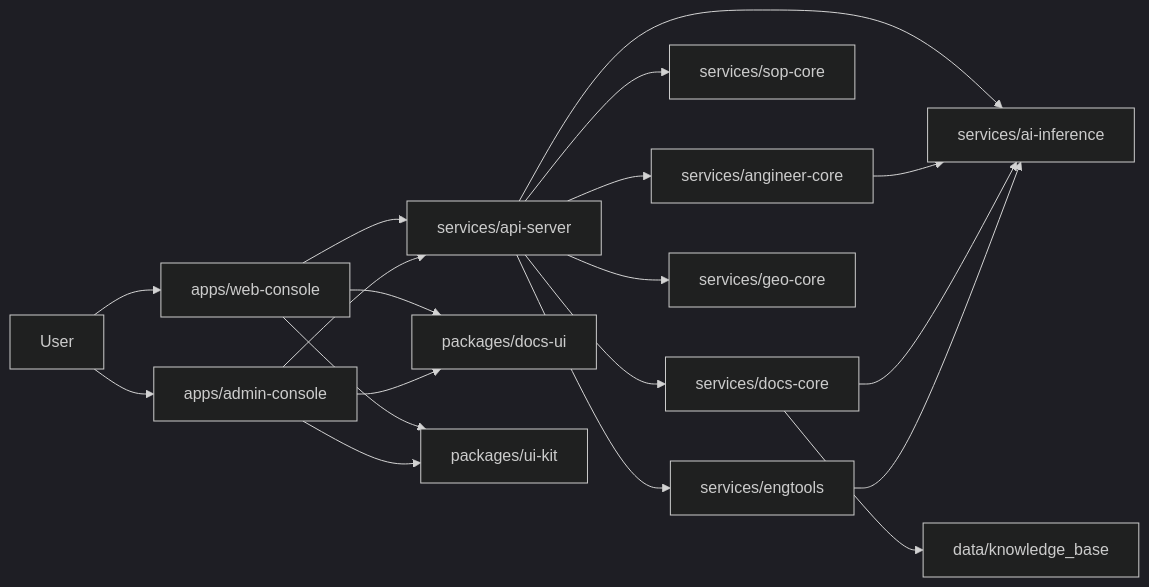
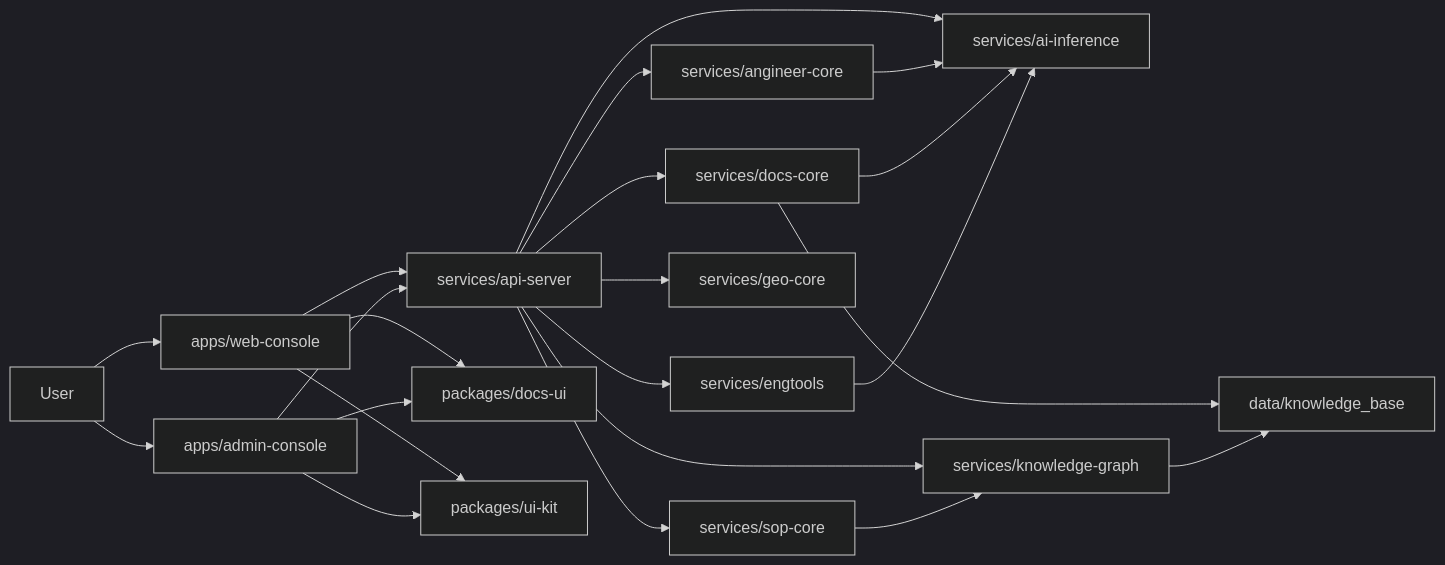
Before and after one commit to 0mao0/AnGIneer: the second of 2 diagrams in README.md, drawn with Mermaid (dark theme). The commit also changed other lines of this file, not shown here.

Commit message:
docs: README 系统矩阵补 KnowledgeGraph + 新增 2.4 节 + 章节顺延 + 架构图更新 + 安装命令补 knowledge-graph

````diff
--- a/README.md
+++ b/README.md
@@ -295,35 +319,39 @@
 ```mermaid
 flowchart LR
   User["User"]
   Web["apps/web-console"]
   Admin["apps/admin-console"]
   Api["services/api-server"]
   DocsUI["packages/docs-ui"]
   UIKit["packages/ui-kit"]
   AI["services/ai-inference"]
   Agent["services/angineer-core"]
   SOP["services/sop-core"]
+  KG["services/knowledge-graph"]
   Docs["services/docs-core"]
   Geo["services/geo-core"]
   Tools["services/engtools"]
   Data["data/knowledge_base"]
 
   User --> Web
   User --> Admin
   Web --> DocsUI
   Admin --> DocsUI
   Web --> UIKit
   Admin --> UIKit
   Web --> Api
   Admin --> Api
   Api --> AI
   Api --> Agent
   Api --> SOP
+  Api --> KG
   Api --> Docs
   Api --> Geo
   Api --> Tools
   Agent --> AI
+  SOP --> KG
   Docs --> AI
   Tools --> AI
   Docs --> Data
+  KG --> Data
 ```
````
